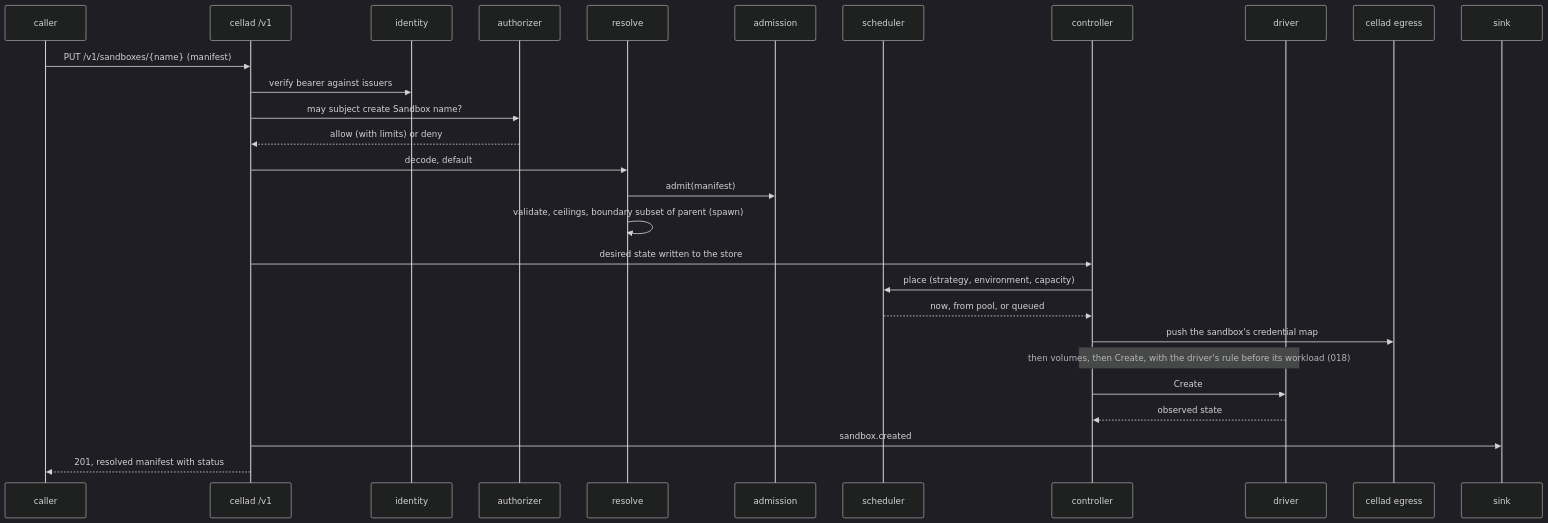
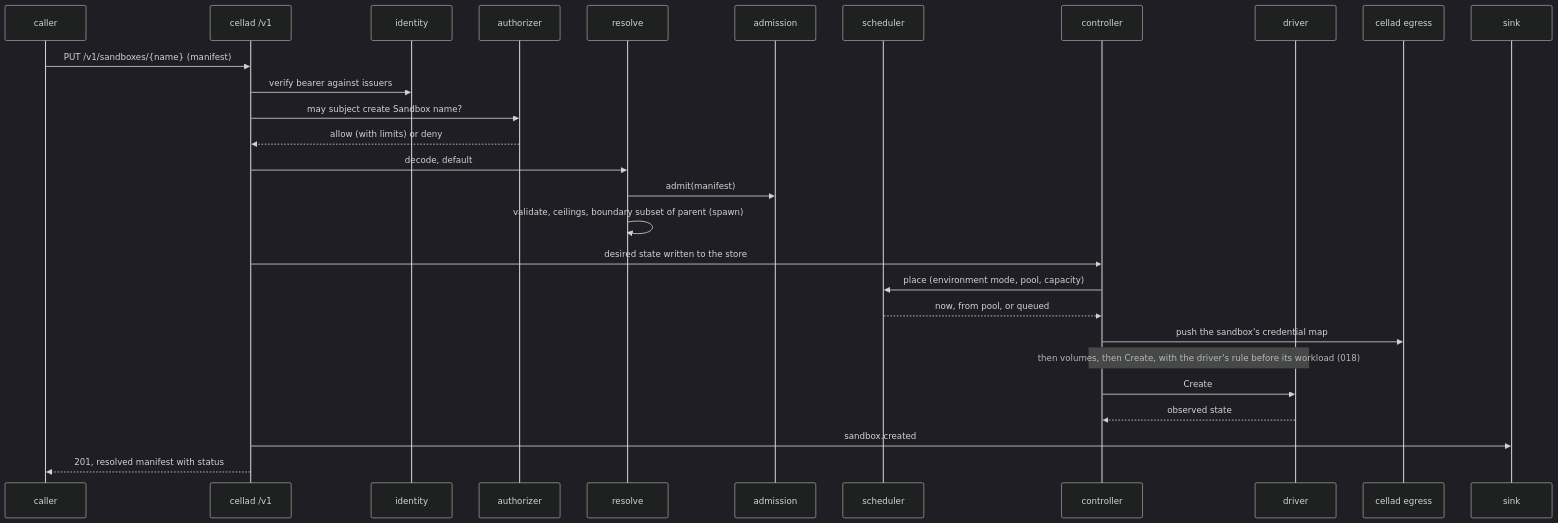
One commit to latere-ai/cella changed the second of 2 diagrams in specs/001-architecture.md. Above: the diagram before and after it, drawn with Mermaid (dark theme). The commit also changed other lines of this file and 16 other files, not shown here.

Commit message:
specs: v1beta1; scheduling on the environment; drop tier, deadline, and policy; egress as a mode list with a deny list for open

````diff
--- a/specs/001-architecture.md
+++ b/specs/001-architecture.md
@@ -223,30 +223,30 @@
 ```mermaid
 sequenceDiagram
   participant C as caller
   participant A as cellad /v1
   participant I as identity
   participant Z as authorizer
   participant M as resolve
   participant D as admission
   participant S as scheduler
   participant K as controller
   participant R as driver
   participant G as cellad egress
   participant E as sink
   C->>A: PUT /v1/sandboxes/{name} (manifest)
   A->>I: verify bearer against issuers
   A->>Z: may subject create Sandbox name?
   Z-->>A: allow (with limits) or deny
   A->>M: decode, default
   M->>D: admit(manifest)
   M->>M: validate, ceilings, boundary subset of parent (spawn)
   A->>K: desired state written to the store
-  K->>S: place (strategy, environment, capacity)
+  K->>S: place (environment mode, pool, capacity)
   S-->>K: now, from pool, or queued
   K->>G: push the sandbox's credential map
   Note over K,R: then volumes, then Create, with the driver's rule before its workload (018)
   K->>R: Create
   R-->>K: observed state
   A->>E: sandbox.created
   A-->>C: 201, resolved manifest with status
 ```
````
